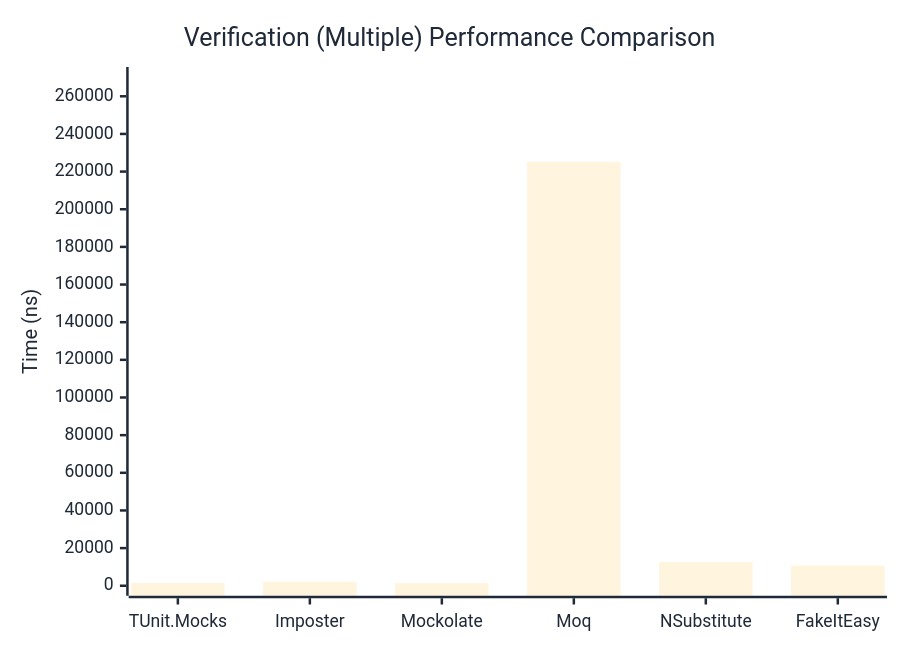
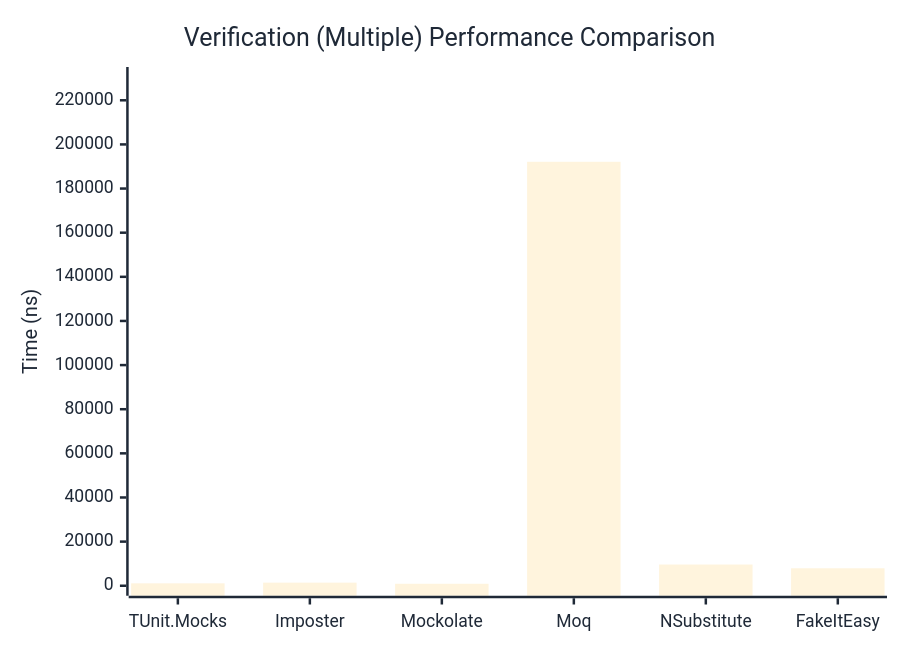
The third of 3 diagrams in docs/docs/benchmarks/mocks/Verification.md (thomhurst/TUnit), drawn with Mermaid before and after one commit. The commit also changed other lines of this file and 14 other files, not shown here.

````diff
--- a/docs/docs/benchmarks/mocks/Verification.md
+++ b/docs/docs/benchmarks/mocks/Verification.md
@@ -112,27 +112,27 @@
 ```mermaid
 %%{init: {
   'theme':'base',
   'themeVariables': {
     'primaryColor': '#2563eb',
     'primaryTextColor': '#1f2937',
     'primaryBorderColor': '#1e40af',
     'lineColor': '#6b7280',
     'secondaryColor': '#7c3aed',
     'tertiaryColor': '#dc2626',
     'background': '#ffffff',
     'pie1': '#2563eb',
     'pie2': '#7c3aed',
     'pie3': '#dc2626',
     'pie4': '#f59e0b',
     'pie5': '#10b981',
     'pie6': '#06b6d4',
     'pie7': '#ec4899',
     'pie8': '#6366f1'
   }
 }}%%
 xychart-beta
   title "Verification (Multiple) Performance Comparison"
   x-axis ["TUnit.Mocks", "Imposter", "Mockolate", "Moq", "NSubstitute", "FakeItEasy"]
-  y-axis "Time (ns)" 0 --> 270245
-  bar [1470.46, 2144.15, 1335.75, 225203.44, 12585.1, 10697.18]
+  y-axis "Time (ns)" 0 --> 230553
+  bar [1097.56, 1413.35, 894.9, 192127.04, 9616.41, 7925.5]
 ```
````
